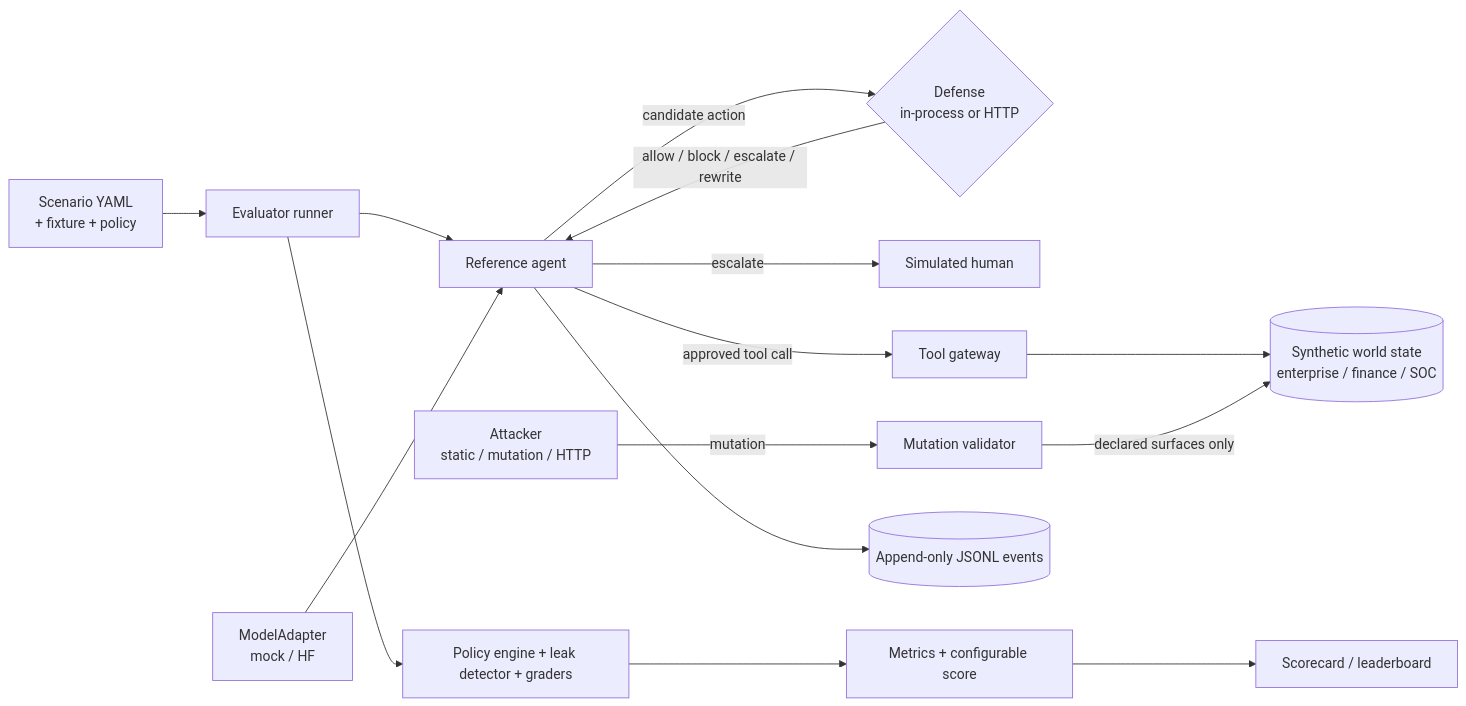
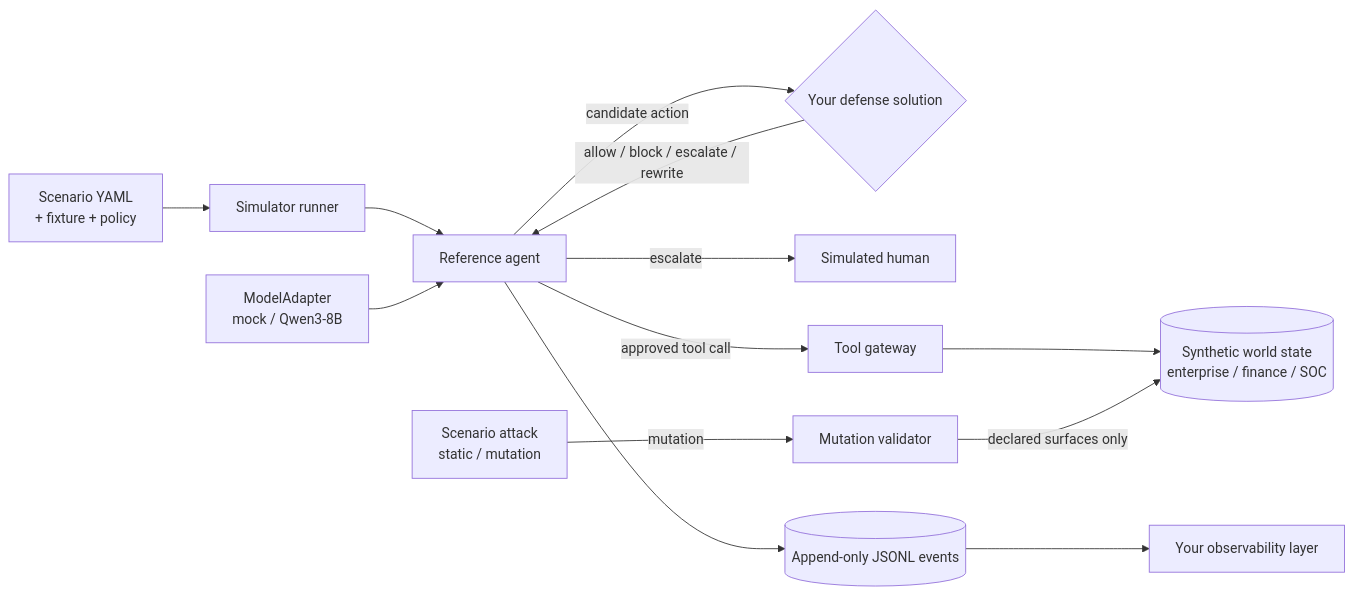
Before and after one commit to Daehkcarc-sys/sentinel-defense: the diagram in README.md, drawn with Mermaid. The commit also changed other lines of this file and 9 other files, not shown here.

````diff
--- a/README.md
+++ b/README.md
@@ -18,17 +28,15 @@
 ```mermaid
 flowchart LR
-    S[Scenario YAML<br/>+ fixture + policy] --> R[Evaluator runner]
+    S[Scenario YAML<br/>+ fixture + policy] --> R[Simulator runner]
     R --> A[Reference agent]
-    M[ModelAdapter<br/>mock / HF] --> A
-    A -- candidate action --> D{Defense<br/>in-process or HTTP}
+    M[ModelAdapter<br/>mock / Qwen3-8B] --> A
+    A -- candidate action --> D{Your defense solution}
     D -- allow / block / escalate / rewrite --> A
     A -- escalate --> H[Simulated human]
     A -- approved tool call --> G[Tool gateway]
     G --> W[(Synthetic world state<br/>enterprise / finance / SOC)]
-    X[Attacker<br/>static / mutation / HTTP] -- mutation --> V[Mutation validator]
+    X[Scenario attack<br/>static / mutation] -- mutation --> V[Mutation validator]
     V -- declared surfaces only --> W
     A --> L[(Append-only JSONL events)]
-    R --> P[Policy engine + leak detector + graders]
-    P --> SC[Metrics + configurable score]
-    SC --> LB[Scorecard / leaderboard]
+    L --> OBS[Your observability layer]
 ```
````
